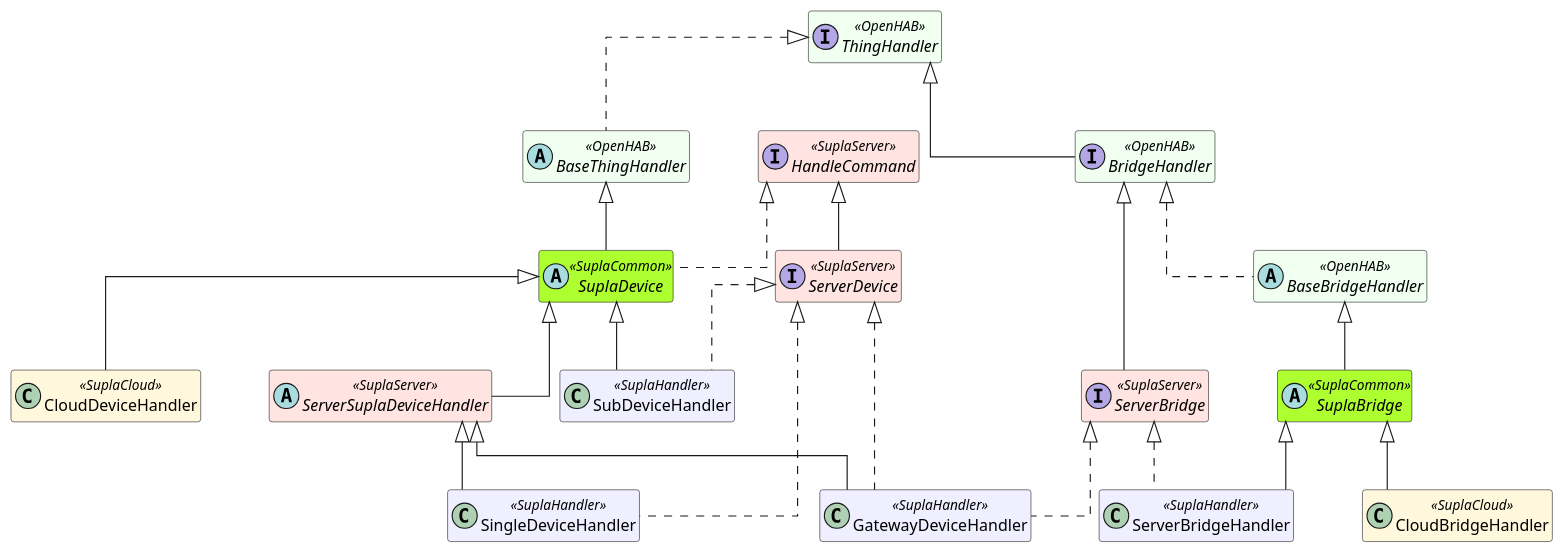
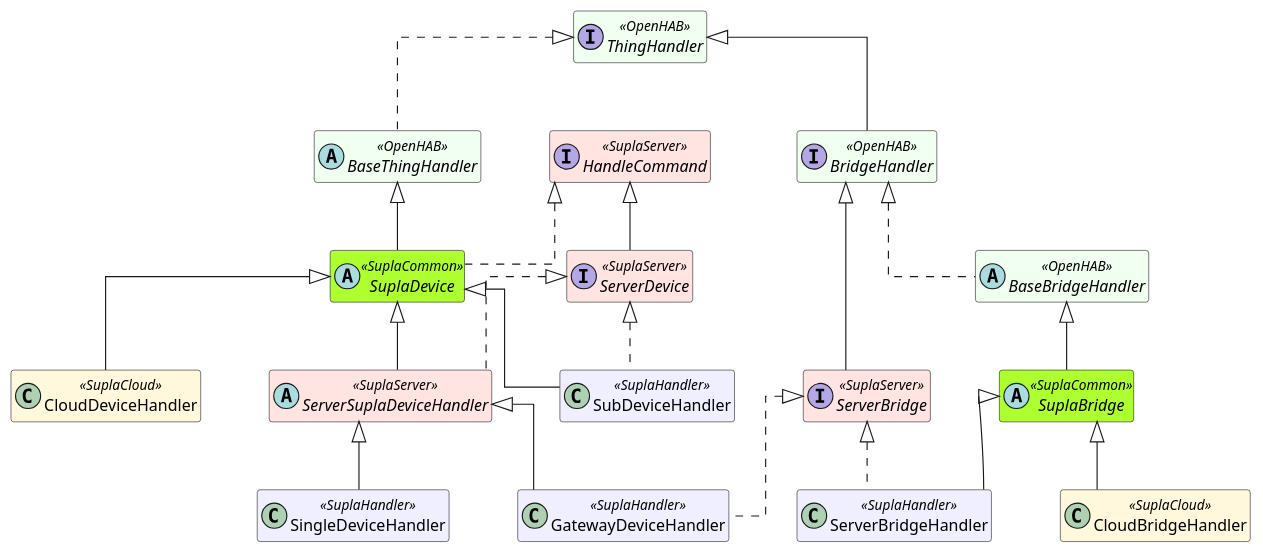
The diagram in puml/handler-inheritance.puml (magx2/openhab-supla), drawn with PlantUML before and after one commit. The commit also changed 3 other files, not shown here.

Commit message:
Simplify hierarchy in ServerSuplaDeviceHandler.java

```diff
--- a/puml/handler-inheritance.puml
+++ b/puml/handler-inheritance.puml
@@ -1,70 +1,69 @@
 @startuml
 skinparam classAttributeIconSize 0
 skinparam linetype ortho
 skinparam nodesep 60
 skinparam ranksep 60
 hide empty members
 
 ' Keep the most-shared abstractions visually at the top
 top to bottom direction
 
 skinparam class {
 BackgroundColor<<OpenHAB>> HoneyDew
 BackgroundColor<<SuplaCloud>> Cornsilk
 BackgroundColor<<SuplaServer>> MistyRose
 BackgroundColor<<SuplaHandler>> Motivation
 BackgroundColor<<SuplaCommon>> GreenYellow
 }
 
 ' Anchor heavily used OpenHAB and Supla abstractions on the top rank
 interface ThingHandler <<OpenHAB>>
 interface BridgeHandler <<OpenHAB>>
 abstract class BaseThingHandler <<OpenHAB>>
 abstract class BaseBridgeHandler <<OpenHAB>>
 
 abstract class SuplaDevice <<SuplaCommon>>
 abstract class ServerSuplaDeviceHandler <<SuplaServer>>
 abstract class SuplaBridge <<SuplaCommon>>
 
 interface HandleCommand <<SuplaServer>>
 interface ServerDevice <<SuplaServer>>
 interface ServerBridge <<SuplaServer>>
 
 class GatewayDeviceHandler <<SuplaHandler>>
 class SingleDeviceHandler <<SuplaHandler>>
 class SubDeviceHandler <<SuplaHandler>>
 class ServerBridgeHandler <<SuplaHandler>>
 
 class CloudBridgeHandler <<SuplaCloud>>
 class CloudDeviceHandler <<SuplaCloud>>
 
 ' OpenHAB core relationships
 ThingHandler <|.. BaseThingHandler
 ThingHandler <|-- BridgeHandler
 BridgeHandler <|.. BaseBridgeHandler
 
 ' Supla Common
 BaseBridgeHandler <|-- SuplaBridge
 
 ' Device handler relationships
 BaseThingHandler <|-- SuplaDevice
 SuplaDevice <|-- ServerSuplaDeviceHandler
 SuplaDevice <|-- SubDeviceHandler
 SuplaDevice <|-- CloudDeviceHandler
 ServerSuplaDeviceHandler <|-- GatewayDeviceHandler
 ServerSuplaDeviceHandler <|-- SingleDeviceHandler
 
 ' Supla trait implementations (device side)
 HandleCommand <|.. SuplaDevice
 HandleCommand <|-- ServerDevice
 ServerDevice <|.. SubDeviceHandler
-ServerDevice <|.. SingleDeviceHandler
-ServerDevice <|.. GatewayDeviceHandler
+ServerDevice <|.. ServerSuplaDeviceHandler
 
 ' Bridge handler relationships
 SuplaBridge <|-- CloudBridgeHandler
 SuplaBridge <|-- ServerBridgeHandler
 BridgeHandler <|-- ServerBridge
 ServerBridge <|.. GatewayDeviceHandler
 ServerBridge <|.. ServerBridgeHandler
 @enduml
```
